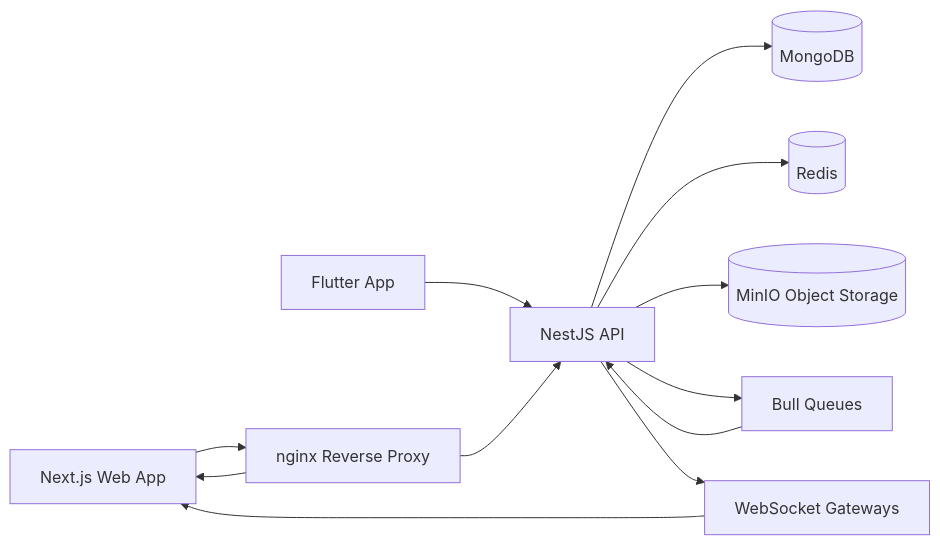
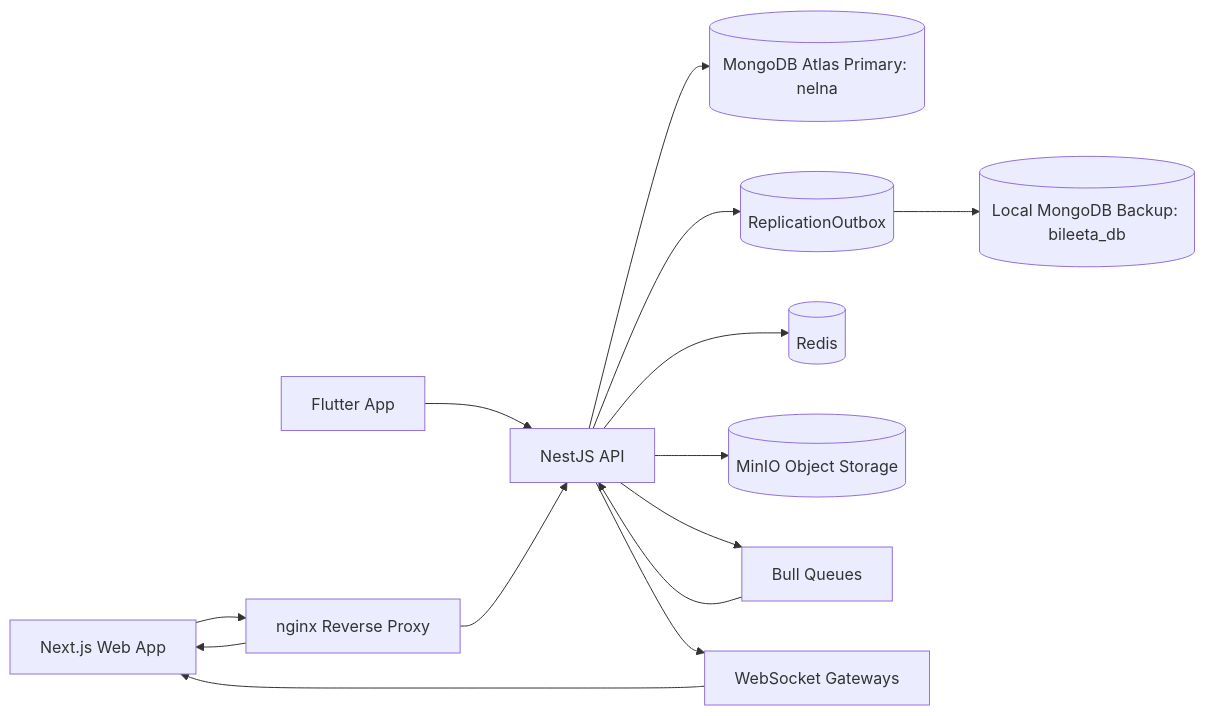
Before and after one commit to jkchinthaka/newmone: the diagram in maintainpro/README.md, drawn with Mermaid. The commit also changed other lines of this file and 4 other files, not shown here.

````diff
--- a/maintainpro/README.md
+++ b/maintainpro/README.md
@@ -16,14 +16,16 @@
 ```mermaid
 flowchart LR
   Web[Next.js Web App] --> Nginx[nginx Reverse Proxy]
   Mobile[Flutter App] --> API[NestJS API]
   Nginx --> API
   Nginx --> Web
-  API --> MongoDB[(MongoDB)]
+  API --> Atlas[(MongoDB Atlas Primary: nelna)]
+  API --> Outbox[(ReplicationOutbox)]
+  Outbox --> Backup[(Local MongoDB Backup: bileeta_db)]
   API --> Redis[(Redis)]
   API --> MinIO[(MinIO Object Storage)]
   API --> Queue[Bull Queues]
   Queue --> API
   API --> WS[WebSocket Gateways]
   WS --> Web
 ```
````
